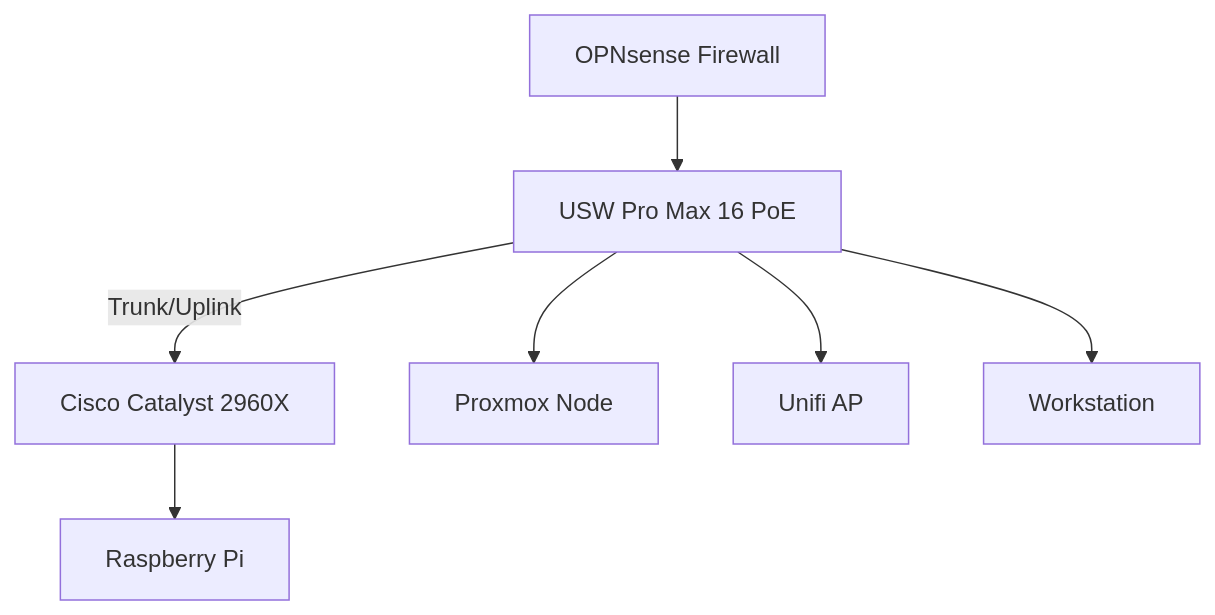
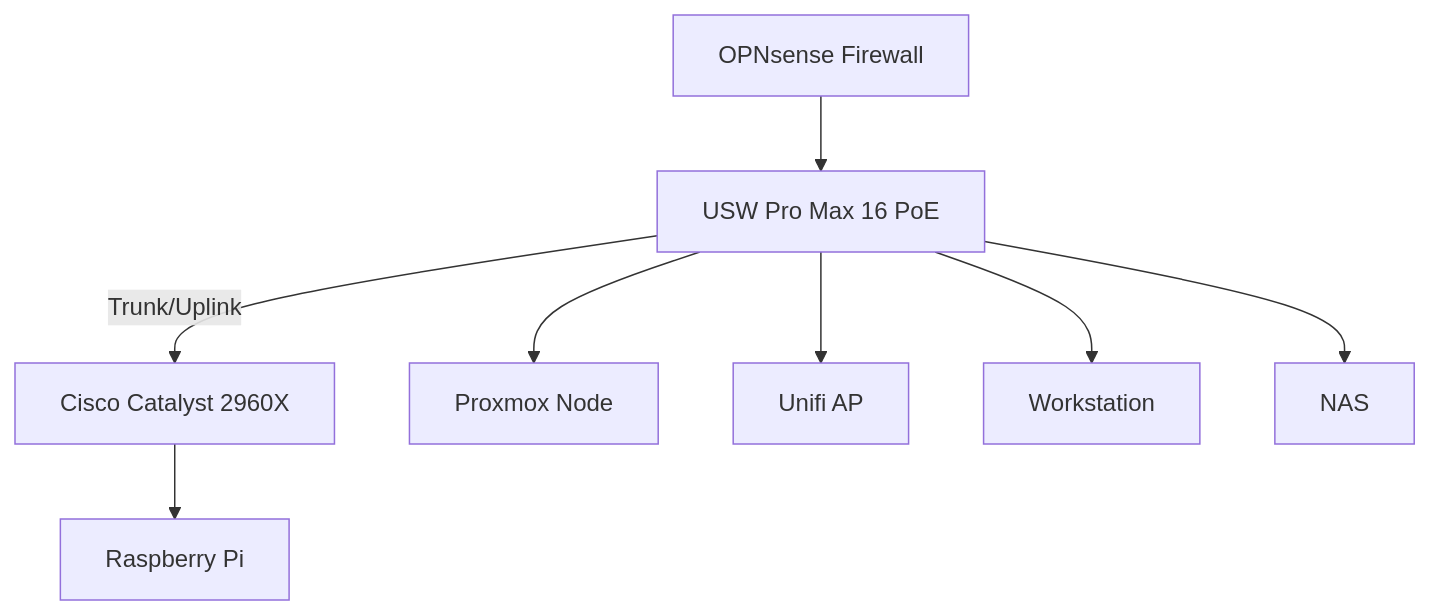
One commit to moshthesubnet/my-lab-docs changed the diagram in docs/index.md. Above: the diagram before and after it, drawn with Mermaid.

````diff
--- a/docs/index.md
+++ b/docs/index.md
@@ -45,23 +45,25 @@
 ```mermaid
 graph TD
     %% Define Nodes
     Firewall[OPNsense Firewall]
     MainSwitch[USW Pro Max 16 PoE]
     LabSwitch[Cisco Catalyst 2960X]
     
     %% Endpoints
     Server[Proxmox Node]
     AP[Unifi AP]
     PC[Workstation]
     RP[Raspberry Pi]
+    N[NAS]
 
     %% Connections
     Firewall --> MainSwitch
     MainSwitch -- Trunk/Uplink --> LabSwitch
     
     %% Device Connections
     MainSwitch --> AP
     MainSwitch --> PC
     MainSwitch --> Server
+    MainSwitch --> N
     LabSwitch --> RP
 ```
````
